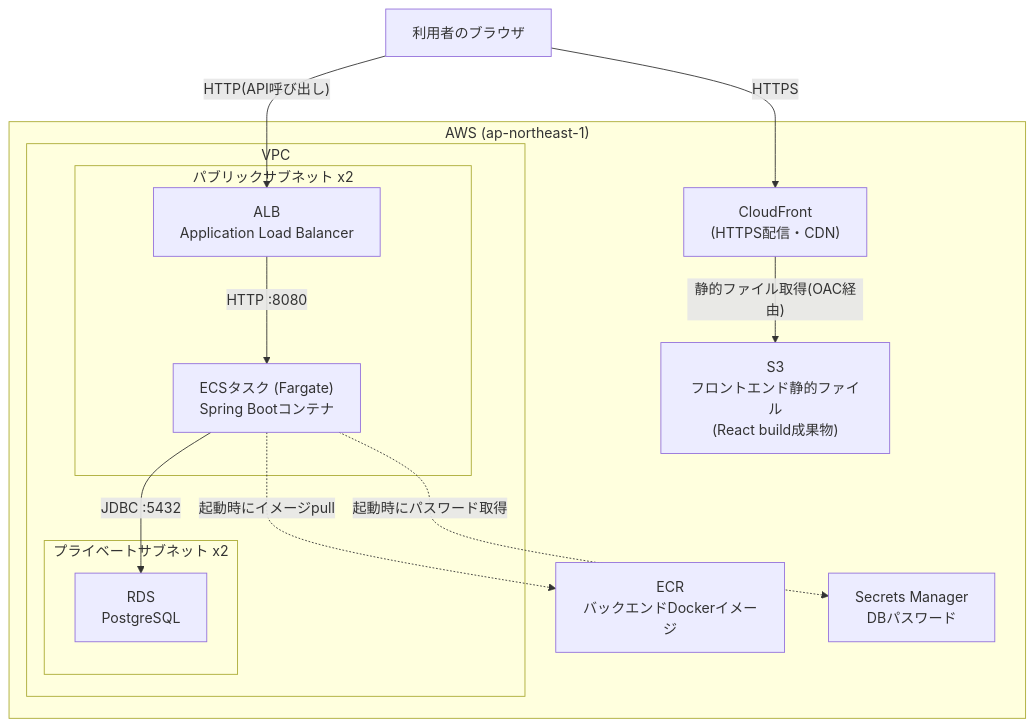
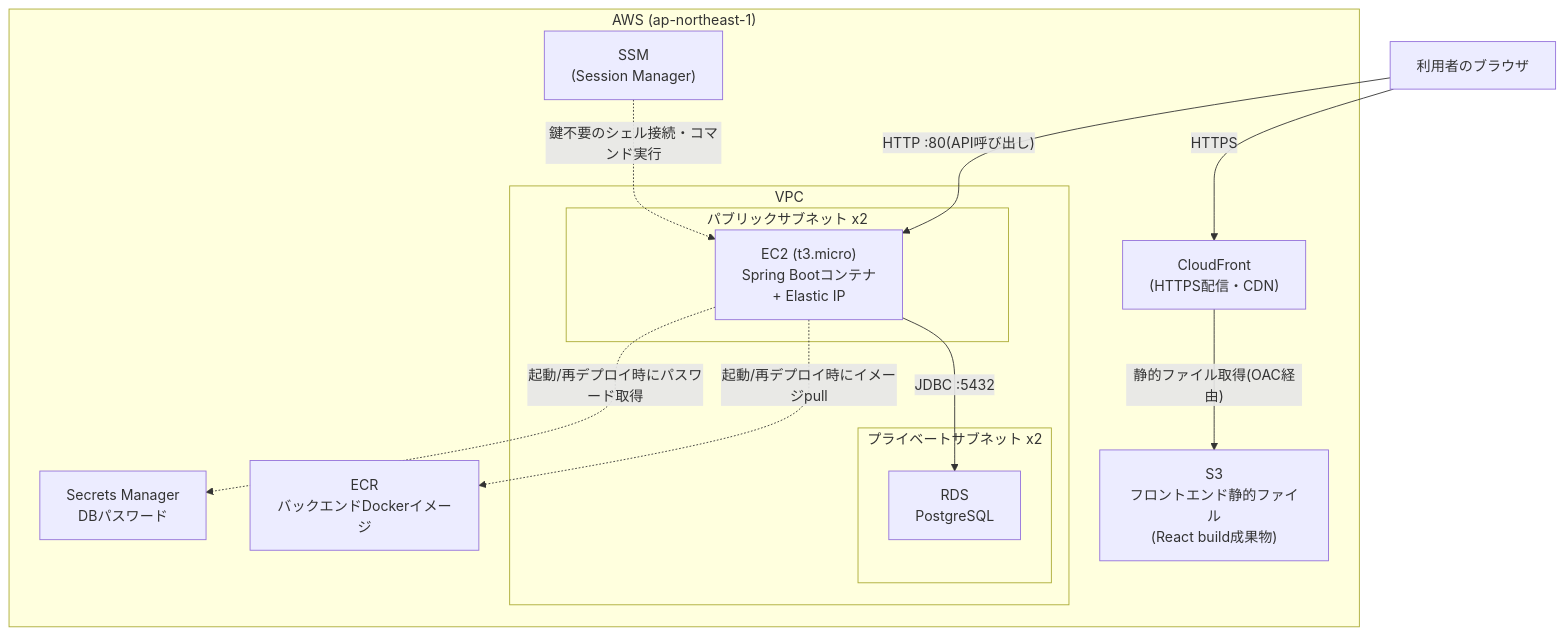
The diagram in docs/deployment/03-architecture.md (simizuryo/trello-clone), drawn with Mermaid before and after one commit. The commit also changed other lines of this file and 5 other files, not shown here.

First line of the commit message:
Update deployment docs to reflect EC2-based backend architecture

````diff
--- a/docs/deployment/03-architecture.md
+++ b/docs/deployment/03-architecture.md
@@ -5,30 +5,30 @@
 ```mermaid
 flowchart TB
     User["利用者のブラウザ"]
 
     subgraph AWS["AWS (ap-northeast-1)"]
         CF["CloudFront\n(HTTPS配信・CDN)"]
         S3["S3\nフロントエンド静的ファイル\n(React build成果物)"]
 
         subgraph VPC["VPC"]
             subgraph Public["パブリックサブネット x2"]
-                ALB["ALB\nApplication Load Balancer"]
-                ECS["ECSタスク (Fargate)\nSpring Bootコンテナ"]
+                EC2["EC2 (t3.micro)\nSpring Bootコンテナ\n+ Elastic IP"]
             end
             subgraph Private["プライベートサブネット x2"]
                 RDS["RDS\nPostgreSQL"]
             end
         end
 
         ECR["ECR\nバックエンドDockerイメージ"]
         SM["Secrets Manager\nDBパスワード"]
+        SSMSVC["SSM\n(Session Manager)"]
     end
 
     User -- "HTTPS" --> CF
     CF -- "静的ファイル取得(OAC経由)" --> S3
-    User -- "HTTP(API呼び出し)" --> ALB
-    ALB -- "HTTP :8080" --> ECS
-    ECS -- "JDBC :5432" --> RDS
-    ECS -. "起動時にイメージpull" .-> ECR
-    ECS -. "起動時にパスワード取得" .-> SM
+    User -- "HTTP :80(API呼び出し)" --> EC2
+    EC2 -- "JDBC :5432" --> RDS
+    EC2 -. "起動/再デプロイ時にイメージpull" .-> ECR
+    EC2 -. "起動/再デプロイ時にパスワード取得" .-> SM
+    SSMSVC -. "鍵不要のシェル接続・コマンド実行" .-> EC2
 ```
````
